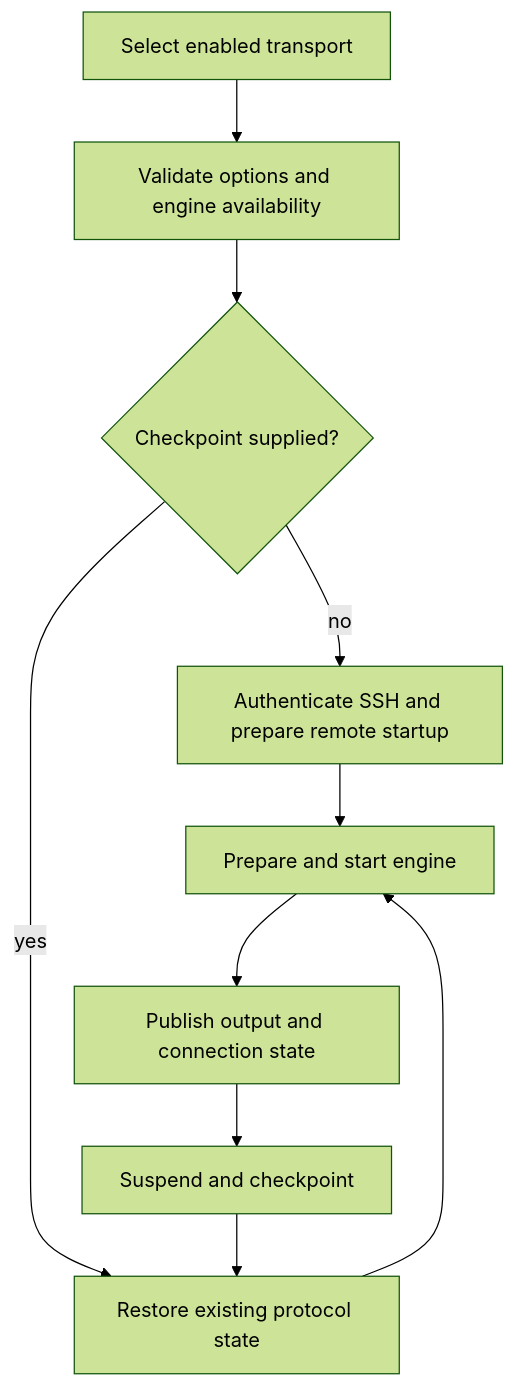
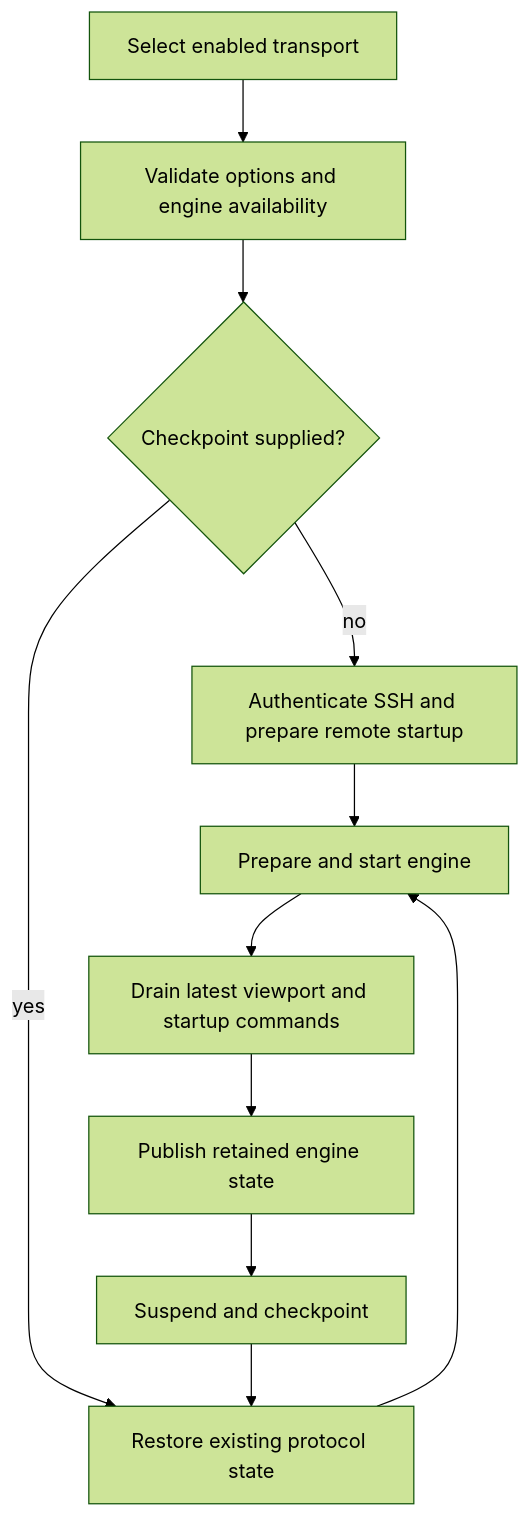
One commit to AkinoKaede/Termind changed the second of 3 diagrams in openwiki/integrations/mosh-and-eternal-terminal.md. Above: the diagram before and after it, drawn with Mermaid (forest theme). The commit also changed other lines of this file and 63 other files, not shown here.

````diff
--- a/openwiki/integrations/mosh-and-eternal-terminal.md
+++ b/openwiki/integrations/mosh-and-eternal-terminal.md
@@ -43,12 +66,13 @@
 ```mermaid
 flowchart TD
     Select[Select enabled transport] --> Validate[Validate options and engine availability]
     Validate --> Restore{Checkpoint supplied?}
     Restore -->|no| SSH[Authenticate SSH and prepare remote startup]
     Restore -->|yes| Recover[Restore existing protocol state]
     SSH --> Engine[Prepare and start engine]
     Recover --> Engine
-    Engine --> Live[Publish output and connection state]
+    Engine --> Flush[Drain latest viewport and startup commands]
+    Flush --> Live[Publish retained engine state]
     Live --> Suspend[Suspend and checkpoint]
     Suspend --> Recover
 ```
````
